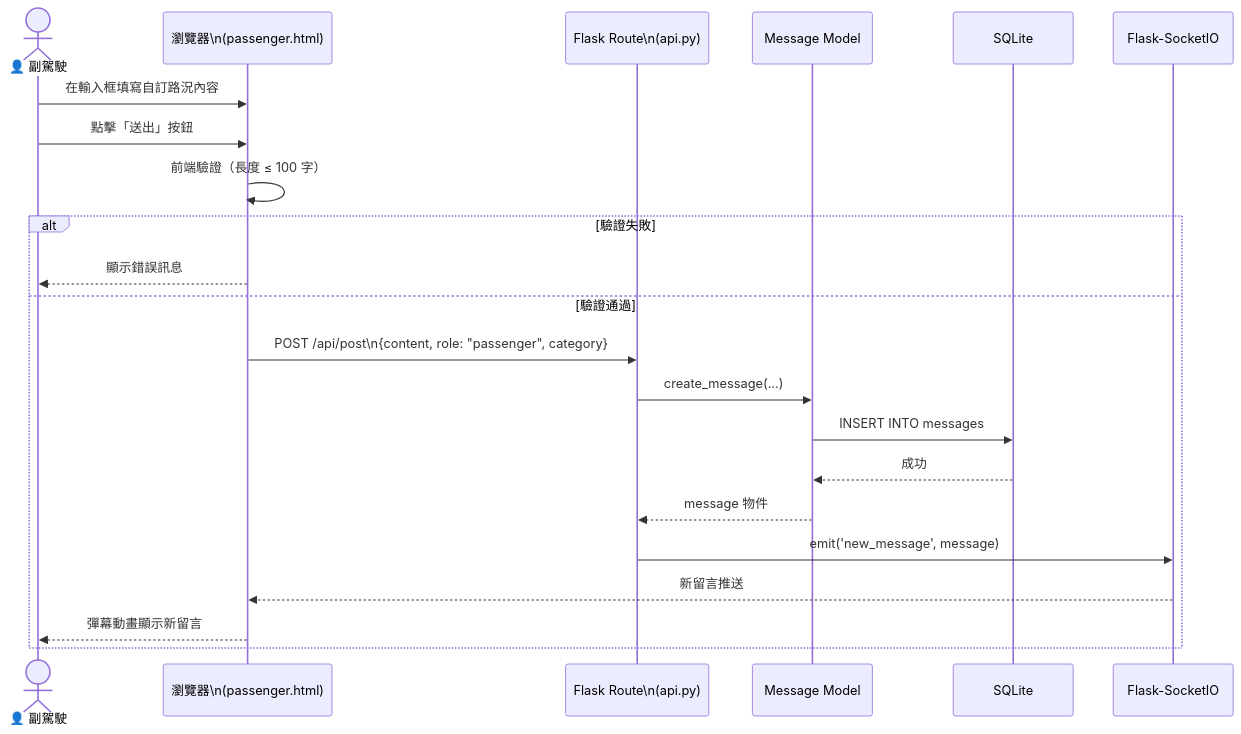
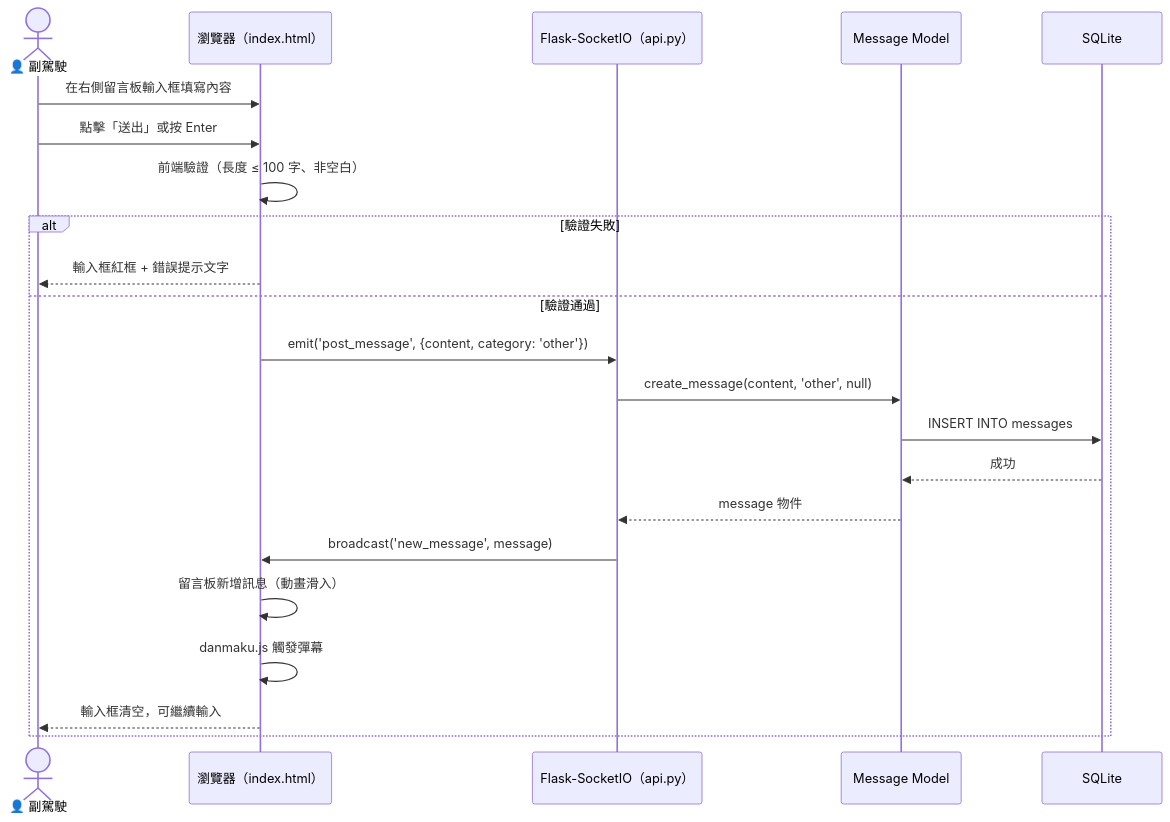
Before and after one commit to Nancy0200/google-map: the third of 6 diagrams in docs/FLOWCHART.md, drawn with Mermaid. The commit also changed other lines of this file and 2 other files, not shown here.

Commit message:
docs: revise architecture to single-page layout with quick buttons

````diff
--- a/docs/FLOWCHART.md
+++ b/docs/FLOWCHART.md
@@ -94,25 +92,26 @@
 ```mermaid
 sequenceDiagram
     actor Passenger as 👤 副駕駛
-    participant Browser as 瀏覽器\n(passenger.html)
-    participant Flask as Flask Route\n(api.py)
+    participant Browser as 瀏覽器（index.html）
+    participant Flask as Flask-SocketIO（api.py）
     participant Model as Message Model
     participant DB as SQLite
-    participant SocketIO as Flask-SocketIO
 
-    Passenger->>Browser: 在輸入框填寫自訂路況內容
-    Passenger->>Browser: 點擊「送出」按鈕
-    Browser->>Browser: 前端驗證（長度 ≤ 100 字）
+    Passenger->>Browser: 在右側留言板輸入框填寫內容
+    Passenger->>Browser: 點擊「送出」或按 Enter
+    Browser->>Browser: 前端驗證（長度 ≤ 100 字、非空白）
+
     alt 驗證失敗
-        Browser-->>Passenger: 顯示錯誤訊息
+        Browser-->>Passenger: 輸入框紅框 + 錯誤提示文字
     else 驗證通過
-        Browser->>Flask: POST /api/post\n{content, role: "passenger", category}
-        Flask->>Model: create_message(...)
+        Browser->>Flask: emit('post_message', {content, category: 'other'})
+        Flask->>Model: create_message(content, 'other', null)
         Model->>DB: INSERT INTO messages
         DB-->>Model: 成功
         Model-->>Flask: message 物件
-        Flask->>SocketIO: emit('new_message', message)
-        SocketIO-->>Browser: 新留言推送
-        Browser-->>Passenger: 彈幕動畫顯示新留言
+        Flask->>Browser: broadcast('new_message', message)
+        Browser->>Browser: 留言板新增訊息（動畫滑入）
+        Browser->>Browser: danmaku.js 觸發彈幕
+        Browser-->>Passenger: 輸入框清空，可繼續輸入
     end
 ```
````
